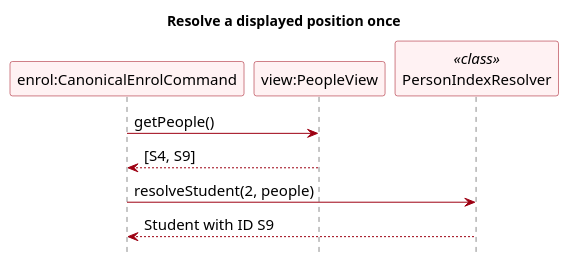
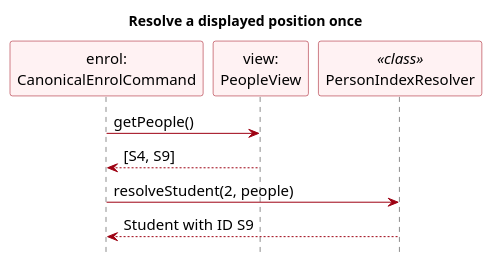
Before and after one commit to AY2627S1-CS2103T-F13-3/tp: the diagram in docs/diagrams/DomainPersonSelection.puml, drawn with PlantUML. The commit also changed 3 other files, not shown here.

Commit message:
Keep typed sequence headers readable

```diff
--- a/docs/diagrams/DomainPersonSelection.puml
+++ b/docs/diagrams/DomainPersonSelection.puml
@@ -1,27 +1,27 @@
 @startuml
 ' Simplified domain draft by Vincent Lin with OpenAI Codex assistance.
 ' Self-contained source; renderer: PlantUML 1.2025.3.
 skinparam defaultFontName Arial
 skinparam defaultFontSize 15
 skinparam shadowing false
 skinparam classAttributeIconSize 0
 skinparam classBackgroundColor #FFF2F3
 skinparam classBorderColor #9D0012
 skinparam classArrowColor #9D0012
 skinparam noteBackgroundColor #FFFBE6
 skinparam noteBorderColor #777777
 skinparam nodesep 35
 skinparam ranksep 40
 
 title Resolve a displayed position once
 skinparam sequenceParticipantBackgroundColor #FFF2F3
 skinparam sequenceParticipantBorderColor #9D0012
 hide footbox
-participant "enrol:CanonicalEnrolCommand" as Command
-participant "view:PeopleView" as View
+participant "enrol:\nCanonicalEnrolCommand" as Command
+participant "view:\nPeopleView" as View
 participant PersonIndexResolver as Resolver <<class>>
 Command -> View : getPeople()
 View --> Command : [S4, S9]
 Command -> Resolver : resolveStudent(2, people)
 Resolver --> Command : Student with ID S9
 @enduml
```
